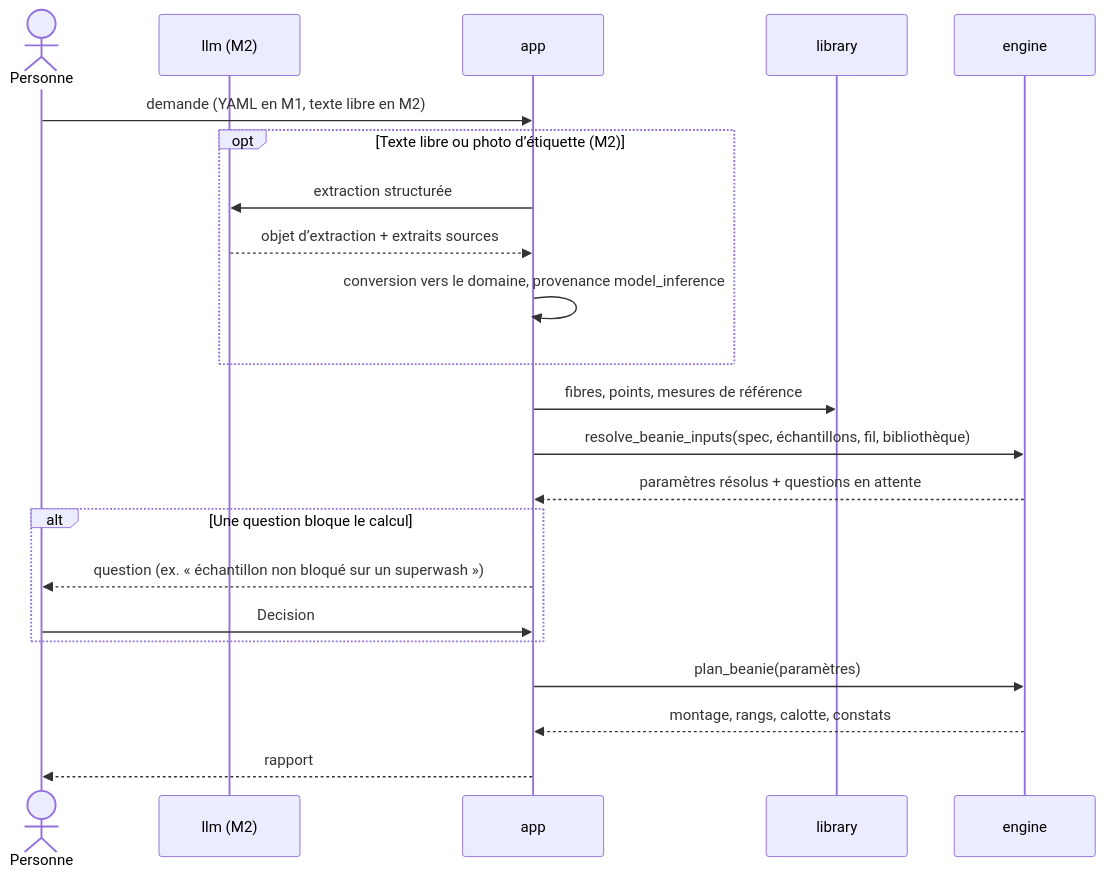
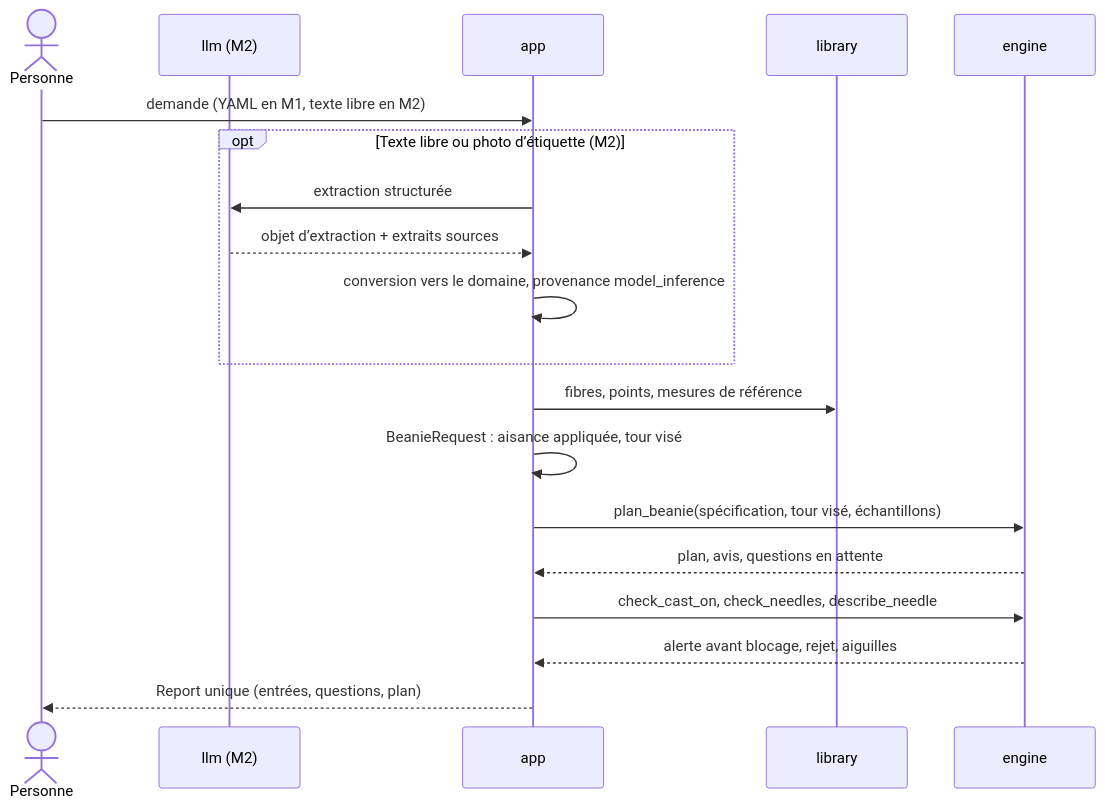
Before and after one commit to Isalafont/knitproof: the third of 4 diagrams in docs/architecture.md, drawn with Mermaid. The commit also changed other lines of this file and 1 other file, not shown here.

````diff
--- a/docs/architecture.md
+++ b/docs/architecture.md
@@ -94,24 +94,21 @@
 ```mermaid
 sequenceDiagram
     actor P as Personne
     participant LLM as llm (M2)
     participant APP as app
     participant LIB as library
     participant ENG as engine
     P->>APP: demande (YAML en M1, texte libre en M2)
     opt Texte libre ou photo d’étiquette (M2)
         APP->>LLM: extraction structurée
         LLM-->>APP: objet d’extraction + extraits sources
         APP->>APP: conversion vers le domaine, provenance model_inference
     end
     APP->>LIB: fibres, points, mesures de référence
-    APP->>ENG: resolve_beanie_inputs(spec, échantillons, fil, bibliothèque)
-    ENG-->>APP: paramètres résolus + questions en attente
-    alt Une question bloque le calcul
-        APP-->>P: question (ex. « échantillon non bloqué sur un superwash »)
-        P->>APP: Decision
-    end
-    APP->>ENG: plan_beanie(paramètres)
-    ENG-->>APP: montage, rangs, calotte, constats
-    APP-->>P: rapport
+    APP->>APP: BeanieRequest : aisance appliquée, tour visé
+    APP->>ENG: plan_beanie(spécification, tour visé, échantillons)
+    ENG-->>APP: plan, avis, questions en attente
+    APP->>ENG: check_cast_on, check_needles, describe_needle
+    ENG-->>APP: alerte avant blocage, rejet, aiguilles
+    APP-->>P: Report unique (entrées, questions, plan)
 ```
````
